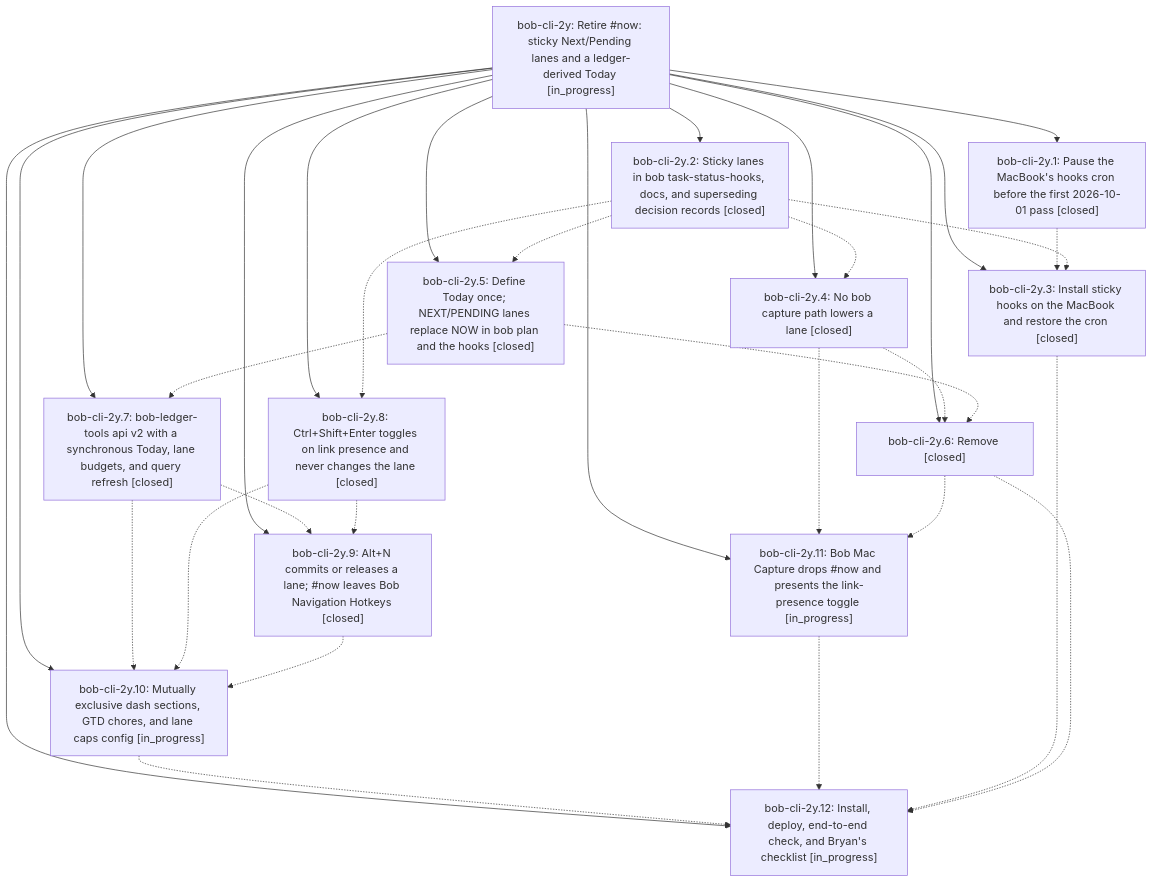
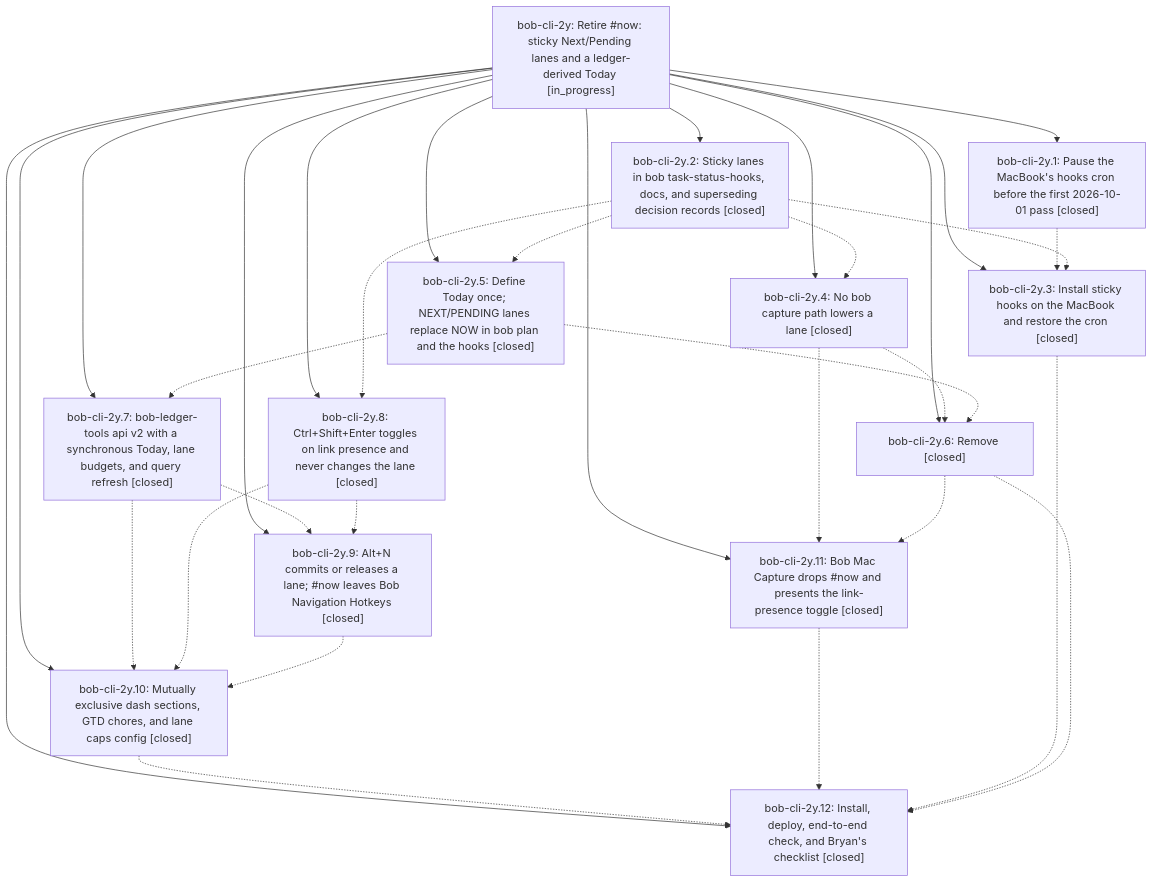
The diagram in pages/bob-cli-2y/README.md (bobs-org/bob-cli--beads), drawn with Mermaid before and after one commit. The commit also changed other lines of this file and 9 other files, not shown here.

First line of the commit message:
chore(beads): sync bead state and pages for bob-cli-2y

````diff
--- a/pages/bob-cli-2y/README.md
+++ b/pages/bob-cli-2y/README.md
@@ -33,47 +33,47 @@
 ```mermaid
 flowchart TD
     n0["bob-cli-2y: Retire #now: sticky Next/Pending lanes and a ledger-derived Today [in_progress]"]
     n1["bob-cli-2y.1: Pause the MacBook's hooks cron before the first 2026-10-01 pass [closed]"]
-    n2["bob-cli-2y.10: Mutually exclusive dash sections, GTD chores, and lane caps config [in_progress]"]
-    n3["bob-cli-2y.11: Bob Mac Capture drops #now and presents the link-presence toggle [in_progress]"]
-    n4["bob-cli-2y.12: Install, deploy, end-to-end check, and Bryan's checklist [in_progress]"]
+    n2["bob-cli-2y.10: Mutually exclusive dash sections, GTD chores, and lane caps config [closed]"]
+    n3["bob-cli-2y.11: Bob Mac Capture drops #now and presents the link-presence toggle [closed]"]
+    n4["bob-cli-2y.12: Install, deploy, end-to-end check, and Bryan's checklist [closed]"]
     n5["bob-cli-2y.2: Sticky lanes in bob task-status-hooks, docs, and superseding decision records [closed]"]
     n6["bob-cli-2y.3: Install sticky hooks on the MacBook and restore the cron [closed]"]
     n7["bob-cli-2y.4: No bob capture path lowers a lane [closed]"]
     n8["bob-cli-2y.5: Define Today once; NEXT/PENDING lanes replace NOW in bob plan and the hooks [closed]"]
     n9["bob-cli-2y.6: Remove [closed]"]
     n10["bob-cli-2y.7: bob-ledger-tools api v2 with a synchronous Today, lane budgets, and query refresh [closed]"]
     n11["bob-cli-2y.8: Ctrl+Shift+Enter toggles on link presence and never changes the lane [closed]"]
     n12["bob-cli-2y.9: Alt+N commits or releases a lane; #now leaves Bob Navigation Hotkeys [closed]"]
     n0 --> n1
     n0 --> n2
     n0 --> n3
     n0 --> n4
     n0 --> n5
     n0 --> n6
     n0 --> n7
     n0 --> n8
     n0 --> n9
     n0 --> n10
     n0 --> n11
     n0 --> n12
     n1 -.-> n6
     n2 -.-> n4
     n3 -.-> n4
     n5 -.-> n6
     n5 -.-> n7
     n5 -.-> n8
     n5 -.-> n11
     n6 -.-> n4
     n7 -.-> n3
     n7 -.-> n9
     n8 -.-> n9
     n8 -.-> n10
     n9 -.-> n3
     n9 -.-> n4
     n10 -.-> n2
     n10 -.-> n12
     n11 -.-> n2
     n11 -.-> n12
     n12 -.-> n2
 ```
````
